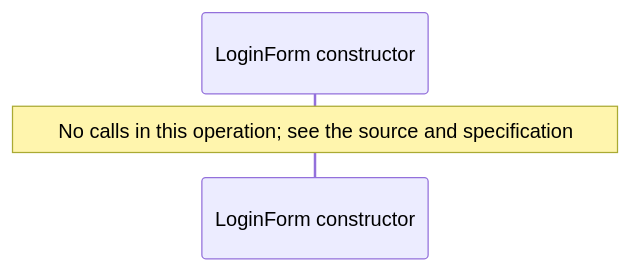
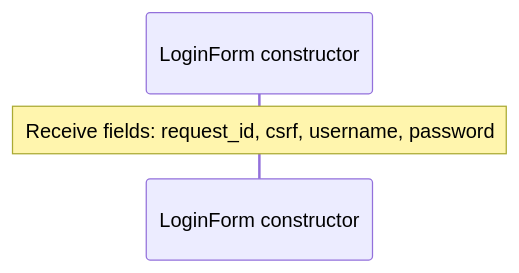
One commit to GreenPandaStudios/augscript changed the ninth of 12 diagrams in docs/examples/oidc-login/provider/contracts-diagrams.md. Above: the diagram before and after it, drawn with Mermaid. The commit also changed other lines of this file and 289 other files, not shown here.

Commit message:
Correct diagram control flow and complete generated wiki navigation

````diff
--- a/docs/examples/oidc-login/provider/contracts-diagrams.md
+++ b/docs/examples/oidc-login/provider/contracts-diagrams.md
@@ -140,6 +140,6 @@
 ```mermaid
 sequenceDiagram
     participant p0 as LoginForm constructor
 
-    Note over p0: No calls in this operation#59; see the source and specification
+    Note over p0: Receive fields: request_id, csrf, username, password
 ```
````
